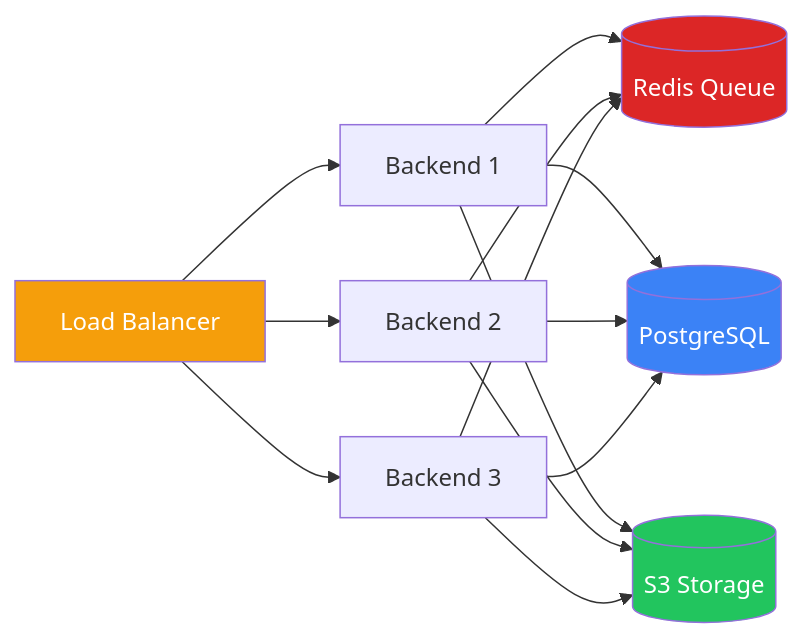
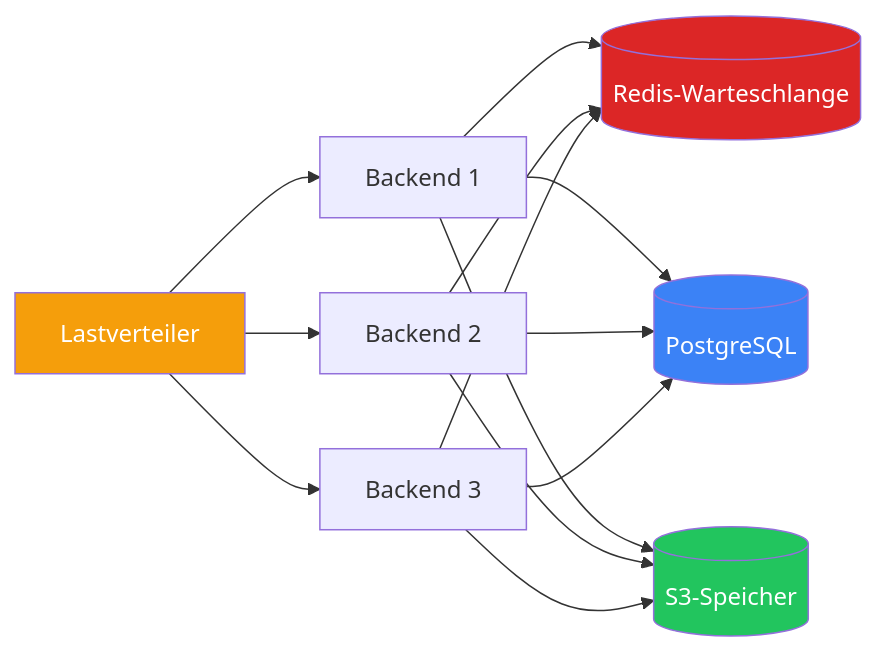
One commit to duckling-ui/duckling changed the diagram in docs/de/deployment/scaling.md. Above: the diagram before and after it, drawn with Mermaid. The commit also changed other lines of this file and 133 other files, not shown here.

````diff
--- a/docs/de/deployment/scaling.md
+++ b/docs/de/deployment/scaling.md
@@ -7,25 +7,25 @@
 ```mermaid
 graph LR
-    LB[Load Balancer]
+    LB[Lastverteiler]
 
     LB --> B1[Backend 1]
     LB --> B2[Backend 2]
     LB --> B3[Backend 3]
 
-    B1 --> Redis[(Redis Queue)]
+    B1 --> Redis[(Redis-Warteschlange)]
     B2 --> Redis
     B3 --> Redis
 
     B1 --> PG[(PostgreSQL)]
     B2 --> PG
     B3 --> PG
 
-    B1 --> S3[(S3 Storage)]
+    B1 --> S3[(S3-Speicher)]
     B2 --> S3
     B3 --> S3
 
     style LB fill:#f59e0b,color:#fff
     style Redis fill:#dc2626,color:#fff
     style PG fill:#3b82f6,color:#fff
     style S3 fill:#22c55e,color:#fff
 ```
````
